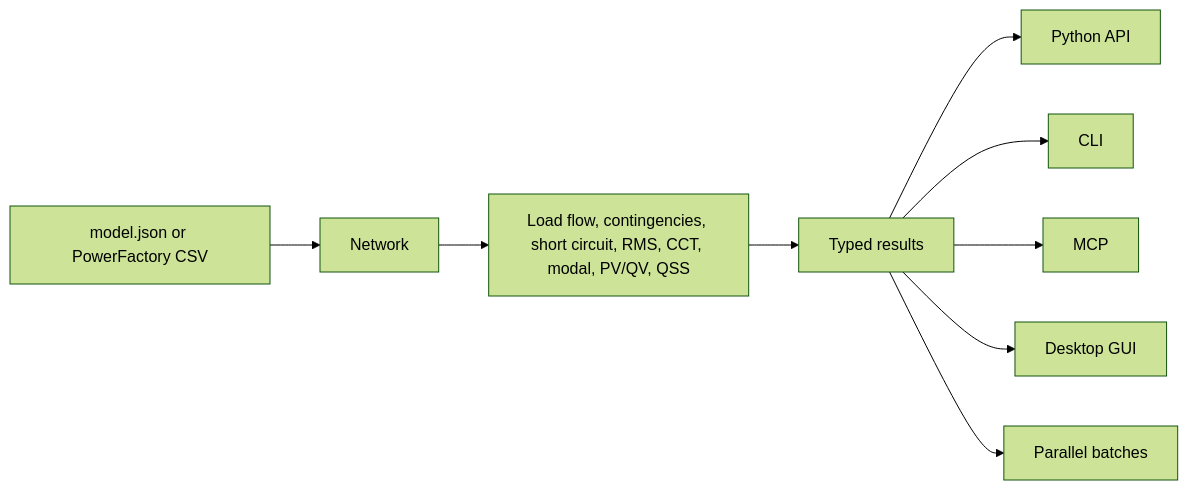
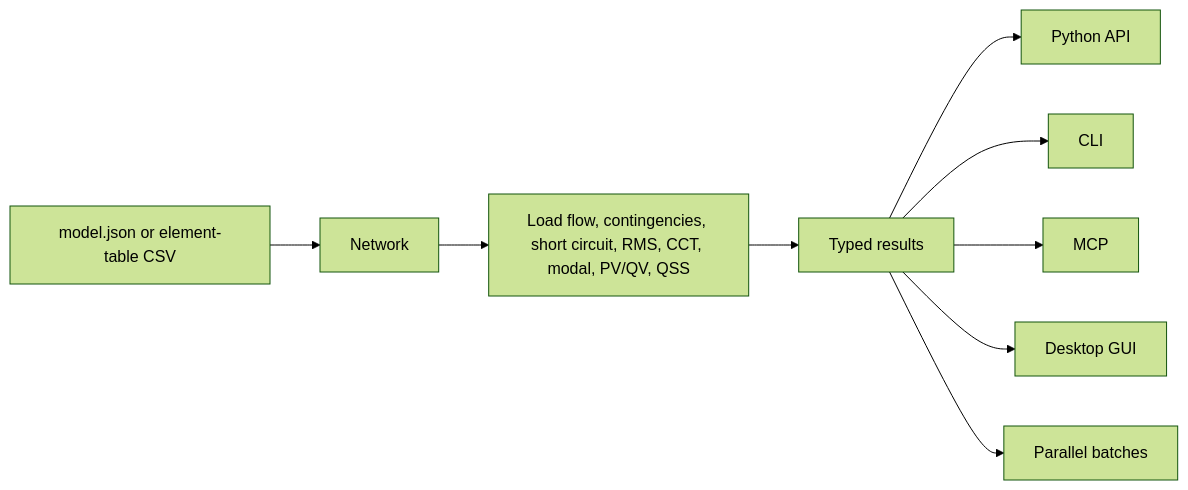
Before and after one commit to BLITZmain2048/power_machine: the diagram in README.md, drawn with Mermaid (forest theme). The commit also changed other lines of this file and 221 other files, not shown here.

````diff
--- a/README.md
+++ b/README.md
@@ -60,11 +60,11 @@
 ```mermaid
 flowchart LR
-    Source["model.json or PowerFactory CSV"] --> Network["Network"]
+    Source["model.json or element-table CSV"] --> Network["Network"]
     Network --> Studies["Load flow, contingencies, short circuit, RMS, CCT, modal, PV/QV, QSS"]
     Studies --> Results["Typed results"]
     Results --> API["Python API"]
     Results --> CLI["CLI"]
     Results --> MCP["MCP"]
     Results --> GUI["Desktop GUI"]
     Results --> Batch["Parallel batches"]
 ```
````
